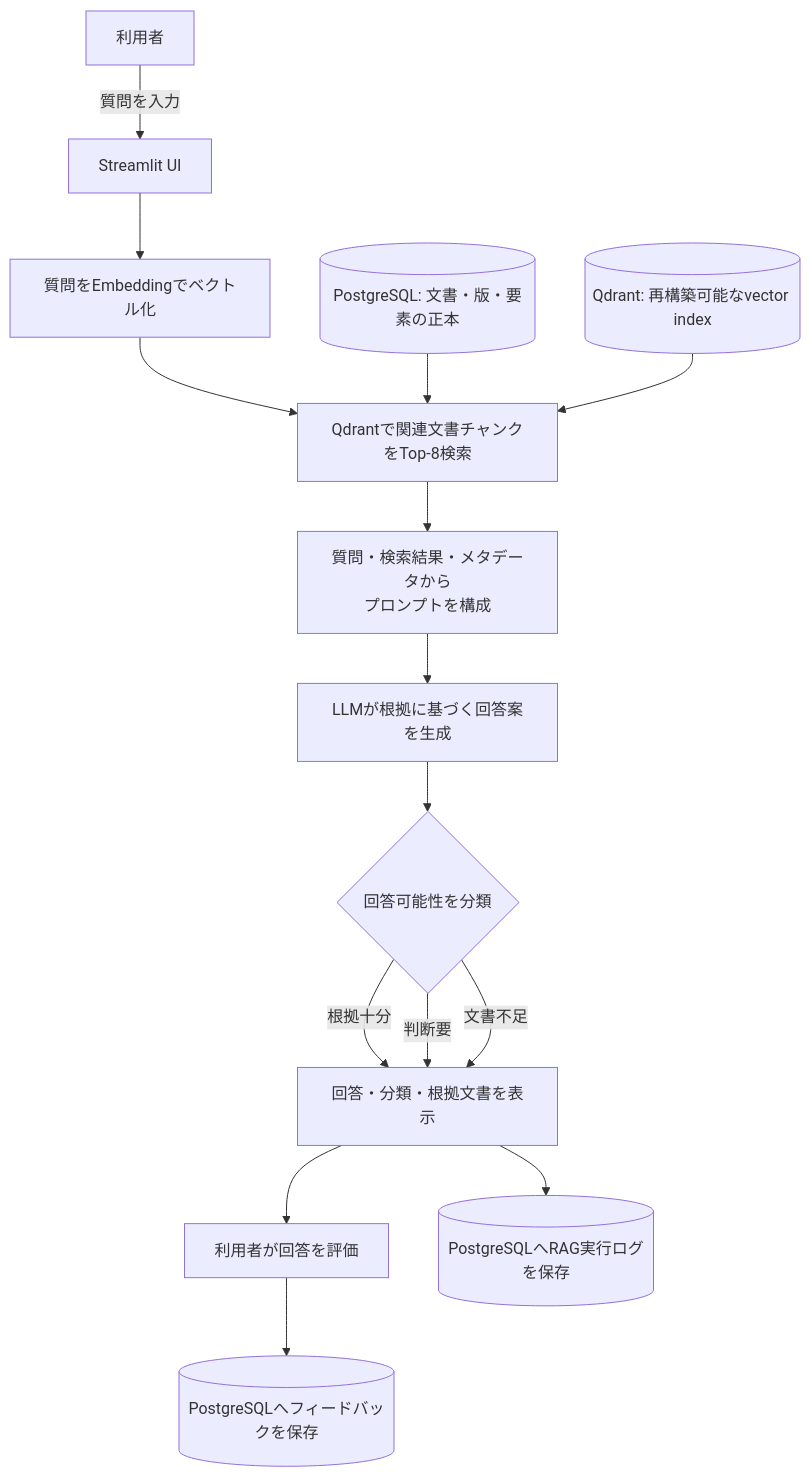
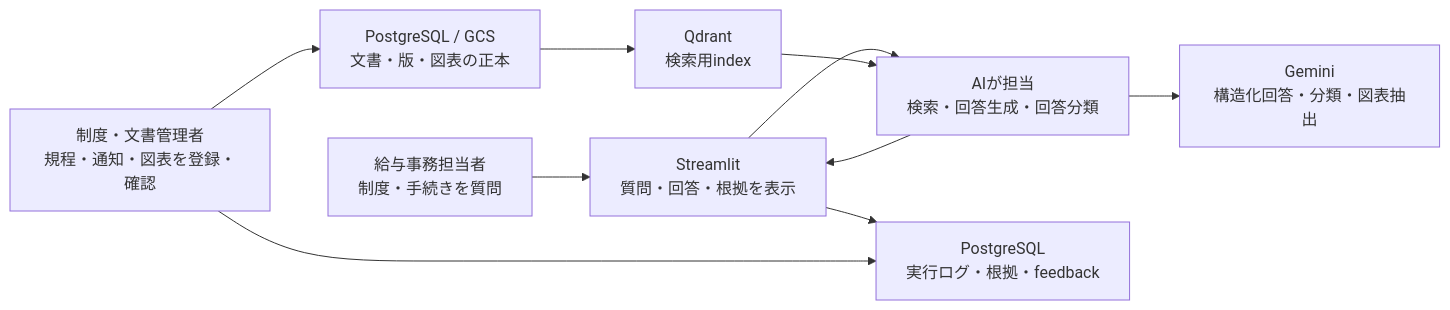
The diagram in README.md (toko1970/municipal-rag-assistant), drawn with Mermaid before and after one commit. The commit also changed other lines of this file and 3 other files, not shown here.

````diff
--- a/README.md
+++ b/README.md
@@ -58,17 +12,12 @@
 ```mermaid
-flowchart TD
-    A["利用者"] -->|質問を入力| B["Streamlit UI"]
-    B --> C["質問をEmbeddingでベクトル化"]
-    C --> D["Qdrantで関連文書チャンクをTop-8検索"]
-    E[("PostgreSQL: 文書・版・要素の正本")] --> D
-    V[("Qdrant: 再構築可能なvector index")] --> D
-    D --> F["質問・検索結果・メタデータから<br/>プロンプトを構成"]
-    F --> G["LLMが根拠に基づく回答案を生成"]
-    G --> H{"回答可能性を分類"}
-    H -->|根拠十分| I["回答・分類・根拠文書を表示"]
-    H -->|判断要| I
-    H -->|文書不足| I
-    I --> J["利用者が回答を評価"]
-    I --> K[("PostgreSQLへRAG実行ログを保存")]
-    J --> L[("PostgreSQLへフィードバックを保存")]
+flowchart LR
+    USER["給与事務担当者<br/>制度・手続きを質問"] --> UI["Streamlit<br/>質問・回答・根拠を表示"]
+    ADMIN["制度・文書管理者<br/>規程・通知・図表を登録・確認"] --> DOCS["PostgreSQL / GCS<br/>文書・版・図表の正本"]
+    UI --> RAG["AIが担当<br/>検索・回答生成・回答分類"]
+    DOCS --> INDEX["Qdrant<br/>検索用index"]
+    INDEX --> RAG
+    RAG --> GEMINI["Gemini<br/>構造化回答・分類・図表抽出"]
+    RAG --> UI
+    UI --> LOGS["PostgreSQL<br/>実行ログ・根拠・feedback"]
+    ADMIN --> LOGS
 ```
````
